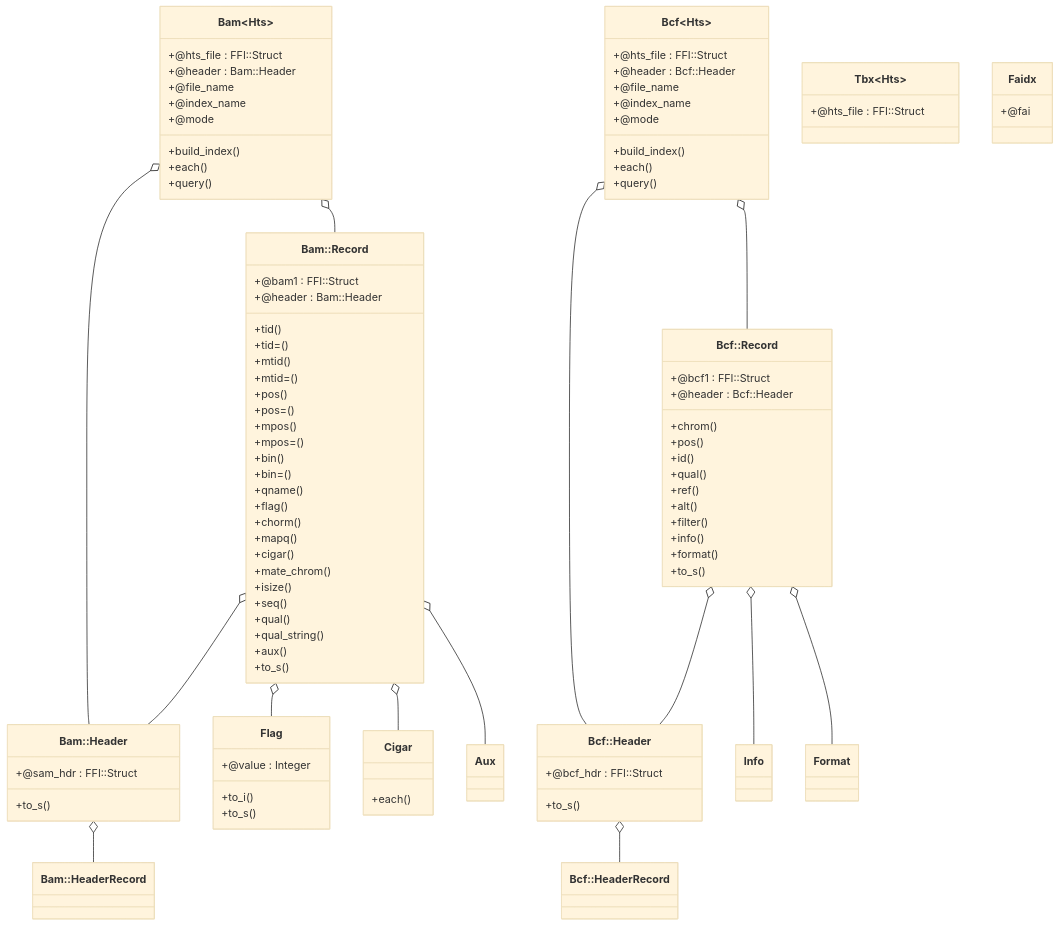
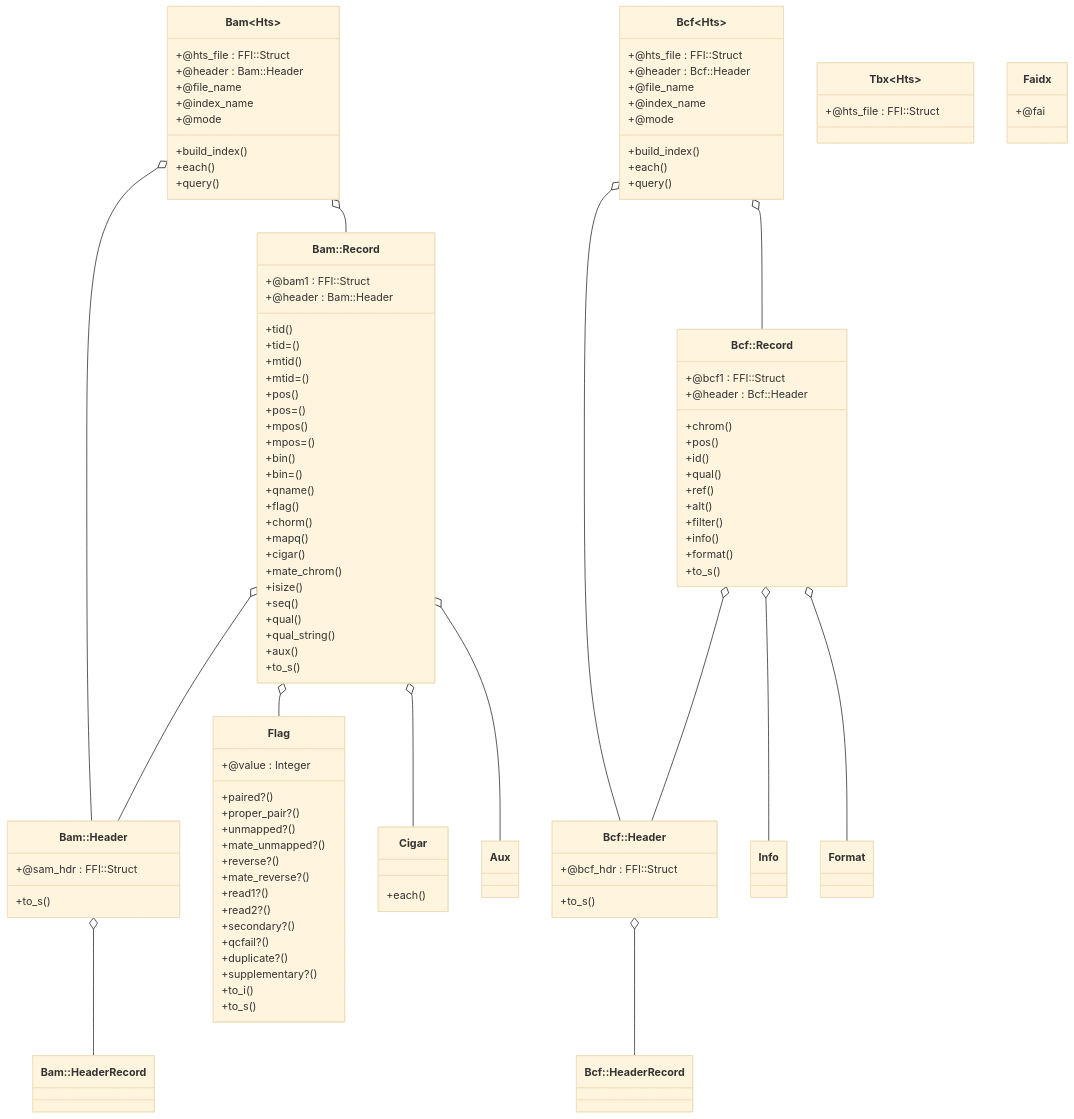
One commit to kojix2/ruby-htslib changed the diagram in TUTORIAL.md. Above: the diagram before and after it, drawn with Mermaid.

```diff
--- a/TUTORIAL.md
+++ b/TUTORIAL.md
@@ -89,6 +89,18 @@
 }
 class Flag {
   +@value : Integer
+  +paired?()
+  +proper_pair?()
+  +unmapped?()
+  +mate_unmapped?()
+  +reverse?()
+  +mate_reverse?()
+  +read1?()
+  +read2?()
+  +secondary?()
+  +qcfail?()
+  +duplicate?()
+  +supplementary?()
   +to_i()
   +to_s()
 }
```
